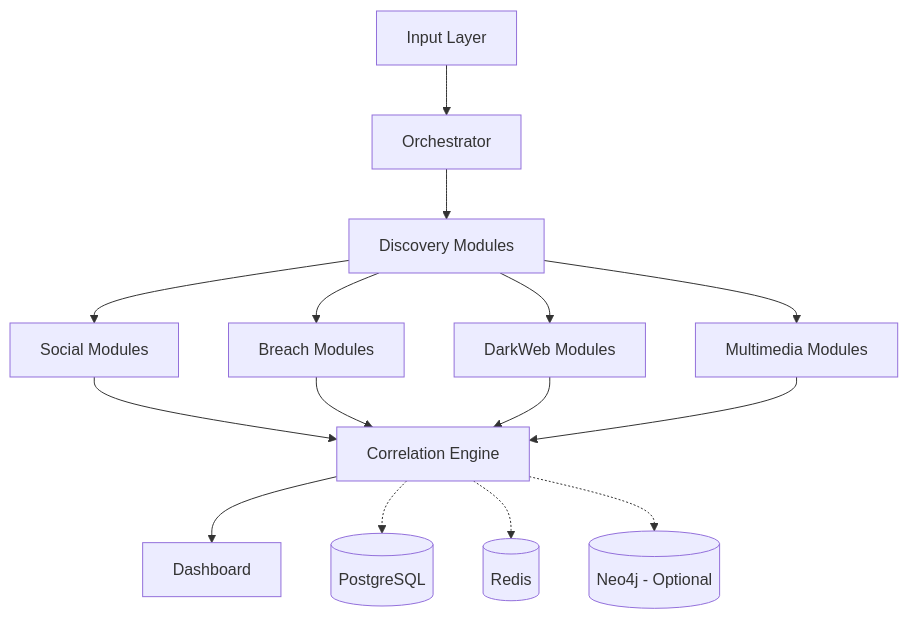
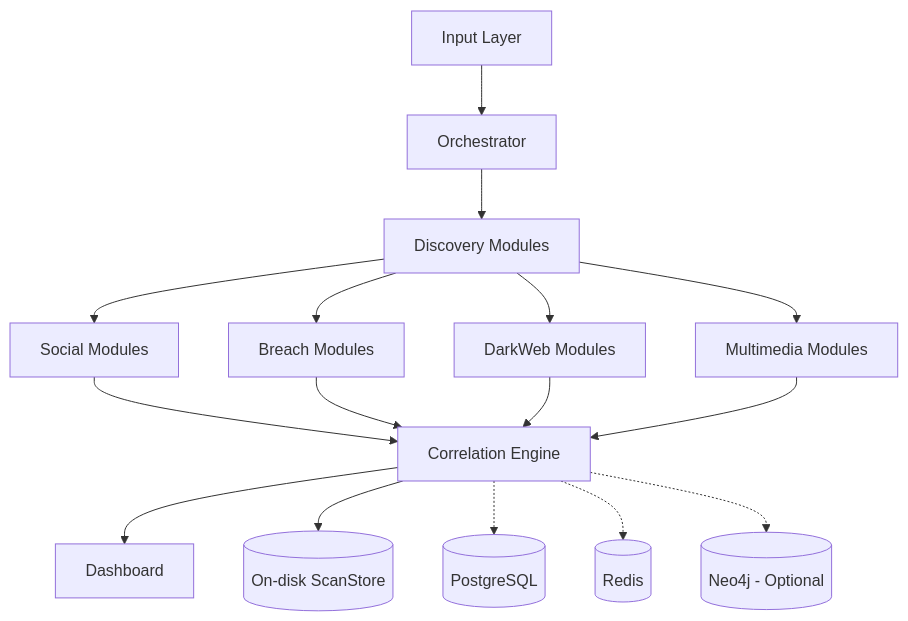
The diagram in README.md (ketavshah30/rahasya), drawn with Mermaid before and after one commit. The commit also changed other lines of this file and 62 other files, not shown here.

````diff
--- a/README.md
+++ b/README.md
@@ -7,17 +7,18 @@
 ```mermaid
 graph TD
     A[Input Layer] --> B[Orchestrator]
     B --> C[Discovery Modules]
     C --> D[Social Modules]
     C --> E[Breach Modules]
     C --> F[DarkWeb Modules]
     C --> G[Multimedia Modules]
     D --> H[Correlation Engine]
     E --> H
     F --> H
     G --> H
     H --> I[Dashboard]
+    H --> S[(On-disk ScanStore)]
     H -.-> J[(PostgreSQL)]
     H -.-> K[(Redis)]
     H -.-> L[(Neo4j - Optional)]
 ```
````
